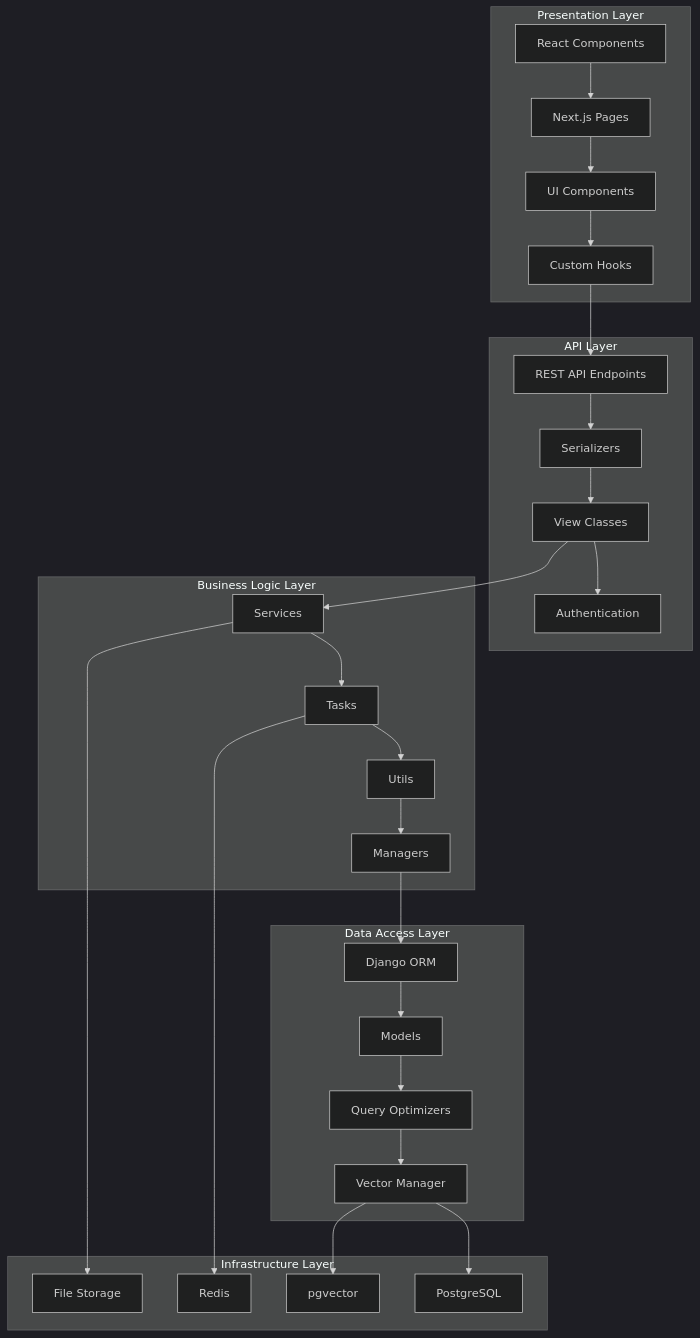
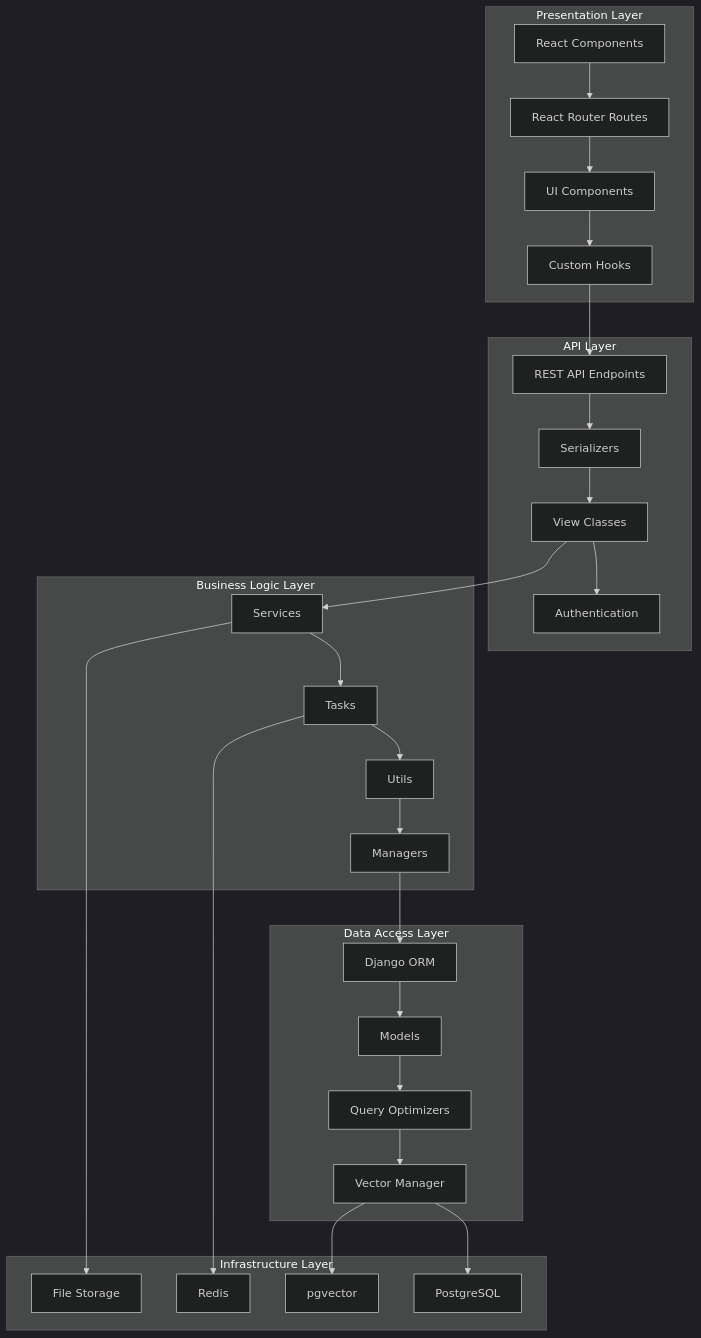
One commit to yukiharada1228/videoq changed the second of 7 diagrams in docs/architecture/system-configuration-diagram.md. Above: the diagram before and after it, drawn with Mermaid (dark theme). The commit also changed other lines of this file and 6 other files, not shown here.

````diff
--- a/docs/architecture/system-configuration-diagram.md
+++ b/docs/architecture/system-configuration-diagram.md
@@ -67,57 +67,57 @@
 ```mermaid
 graph TB
     subgraph Presentation["Presentation Layer"]
         P1[React Components]
-        P2[Next.js Pages]
+        P2[React Router Routes]
         P3[UI Components]
         P4[Custom Hooks]
     end
     
     subgraph API["API Layer"]
         A1[REST API Endpoints]
         A2[Serializers]
         A3[View Classes]
         A4[Authentication]
     end
     
     subgraph Business["Business Logic Layer"]
         B1[Services]
         B2[Tasks]
         B3[Utils]
         B4[Managers]
     end
     
     subgraph DataAccess["Data Access Layer"]
         D1[Django ORM]
         D2[Models]
         D3[Query Optimizers]
         D4[Vector Manager]
     end
     
     subgraph Infrastructure["Infrastructure Layer"]
         I1[PostgreSQL]
         I2[Redis]
         I3[File Storage]
         I4[pgvector]
     end
     
     P1 --> P2
     P2 --> P3
     P3 --> P4
     P4 --> A1
     A1 --> A2
     A2 --> A3
     A3 --> A4
     A3 --> B1
     B1 --> B2
     B2 --> B3
     B3 --> B4
     B4 --> D1
     D1 --> D2
     D2 --> D3
     D3 --> D4
     D4 --> I1
     D4 --> I4
     B2 --> I2
     B1 --> I3
 ```
````
